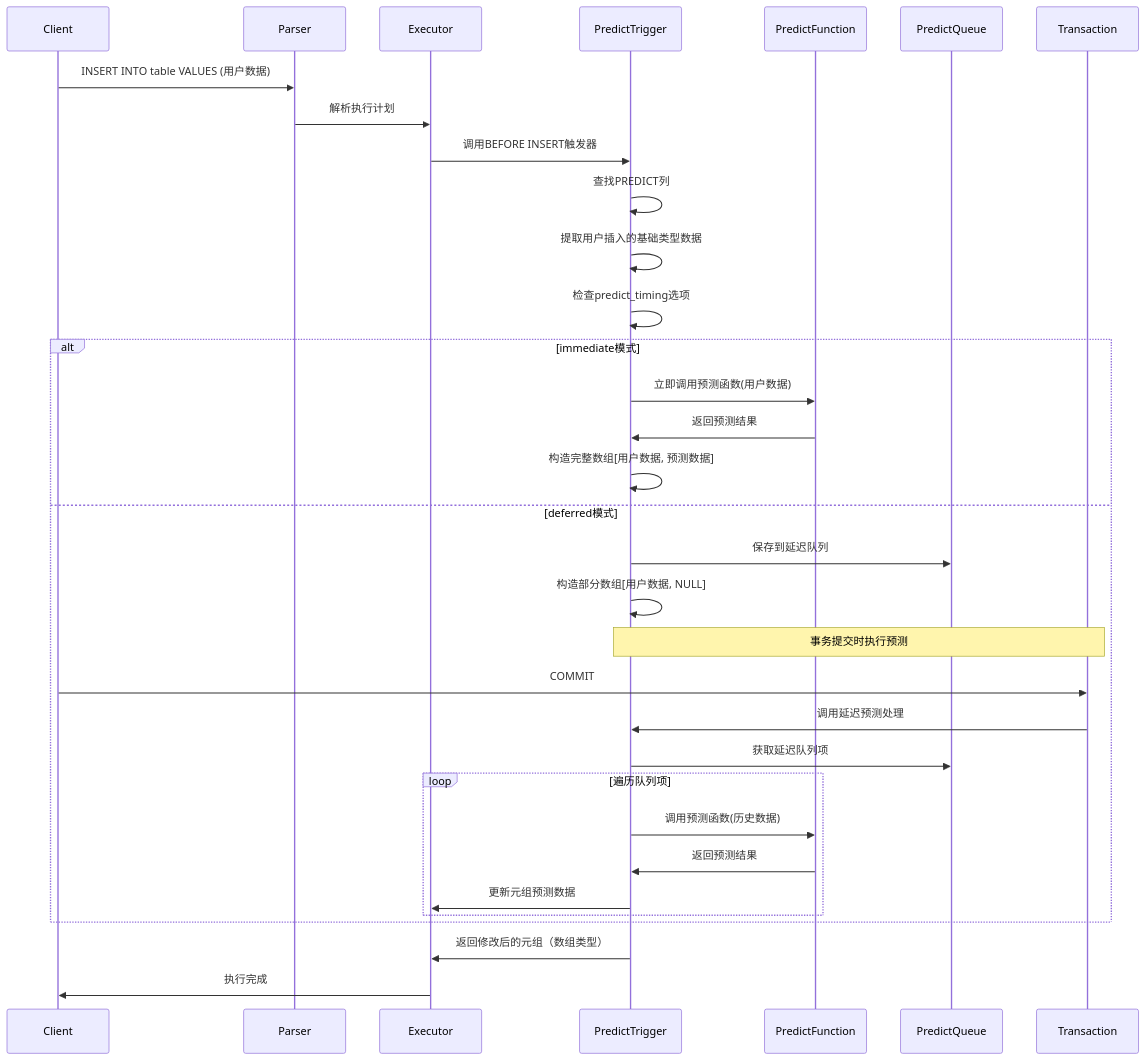
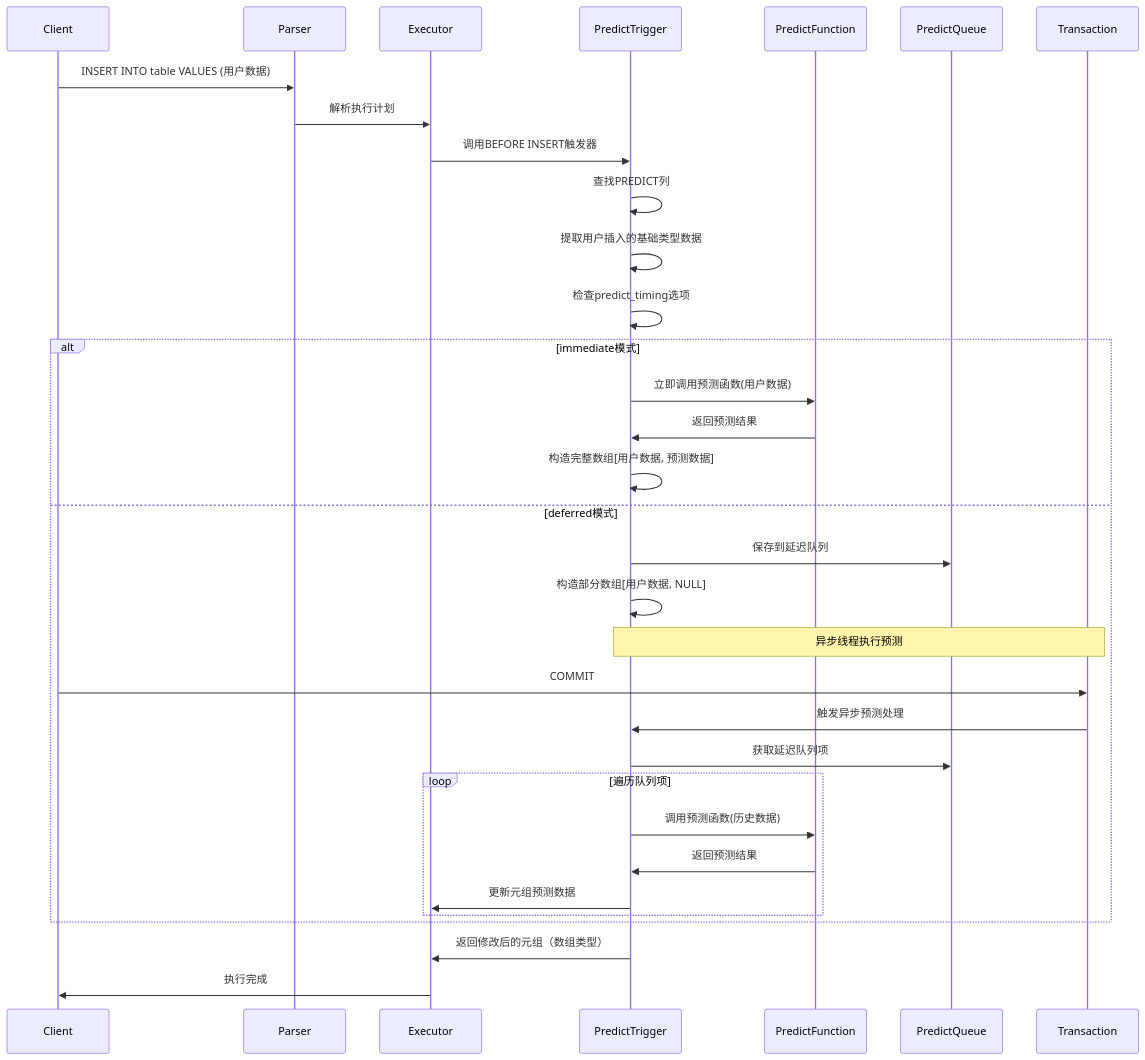
The second of 7 diagrams in doc/predict/PREDICT_DETAILED_DESIGN.md (ZhongChaoqiang/postgres), drawn with Mermaid before and after one commit. The commit also changed other lines of this file and 1 other file, not shown here.

First line of the commit message:
predict

````diff
--- a/doc/predict/PREDICT_DETAILED_DESIGN.md
+++ b/doc/predict/PREDICT_DETAILED_DESIGN.md
@@ -231,39 +231,39 @@
 ```mermaid
 sequenceDiagram
     participant Client
     participant Parser
     participant Executor
     participant PredictTrigger
     participant PredictFunction
     participant PredictQueue
     participant Transaction
     
     Client->>Parser: INSERT INTO table VALUES (用户数据)
     Parser->>Executor: 解析执行计划
     Executor->>PredictTrigger: 调用BEFORE INSERT触发器
     PredictTrigger->>PredictTrigger: 查找PREDICT列
     PredictTrigger->>PredictTrigger: 提取用户插入的基础类型数据
     PredictTrigger->>PredictTrigger: 检查predict_timing选项
     
     alt immediate模式
         PredictTrigger->>PredictFunction: 立即调用预测函数(用户数据)
         PredictFunction->>PredictTrigger: 返回预测结果
         PredictTrigger->>PredictTrigger: 构造完整数组[用户数据, 预测数据]
     else deferred模式
         PredictTrigger->>PredictQueue: 保存到延迟队列
         PredictTrigger->>PredictTrigger: 构造部分数组[用户数据, NULL]
         
-        Note over PredictTrigger,Transaction: 事务提交时执行预测
+        Note over PredictTrigger,Transaction: 异步线程执行预测
         Client->>Transaction: COMMIT
-        Transaction->>PredictTrigger: 调用延迟预测处理
+        Transaction->>PredictTrigger: 触发异步预测处理
         PredictTrigger->>PredictQueue: 获取延迟队列项
         loop 遍历队列项
             PredictTrigger->>PredictFunction: 调用预测函数(历史数据)
             PredictFunction->>PredictTrigger: 返回预测结果
             PredictTrigger->>Executor: 更新元组预测数据
         end
     end
     
     PredictTrigger->>Executor: 返回修改后的元组（数组类型）
     Executor->>Client: 执行完成
 ```
````
